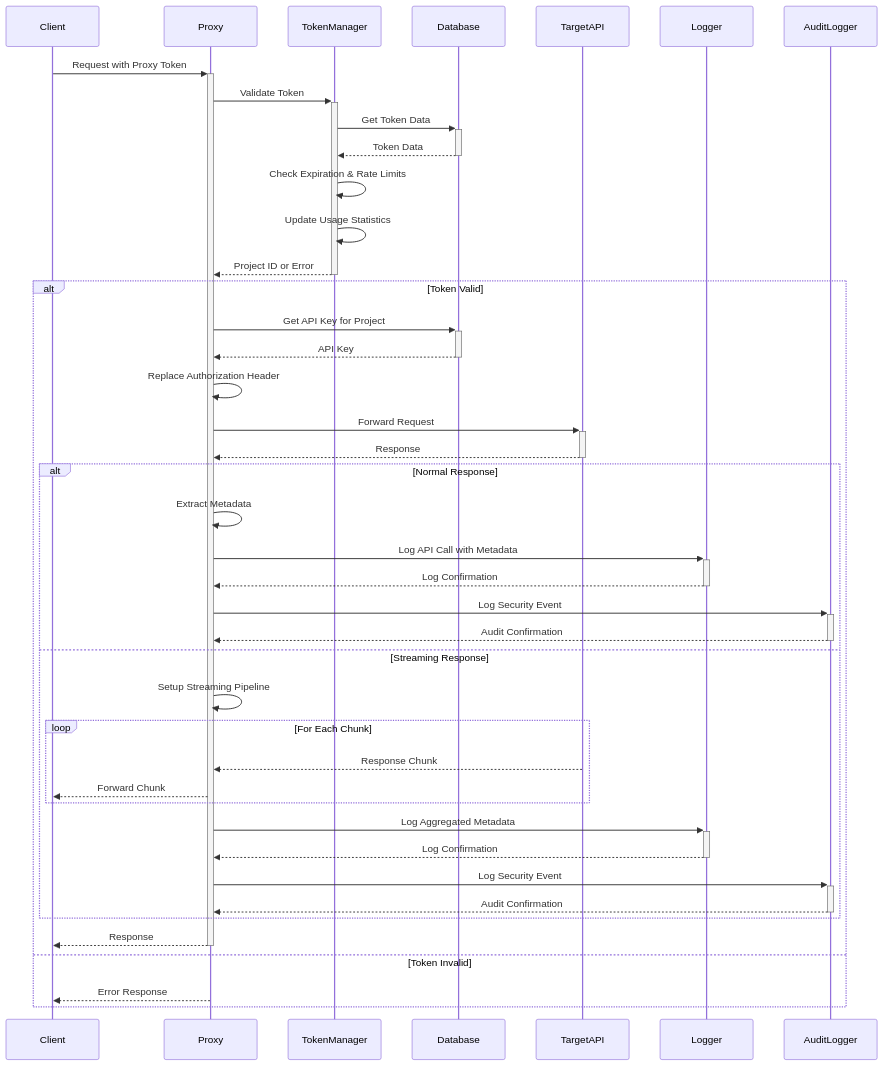
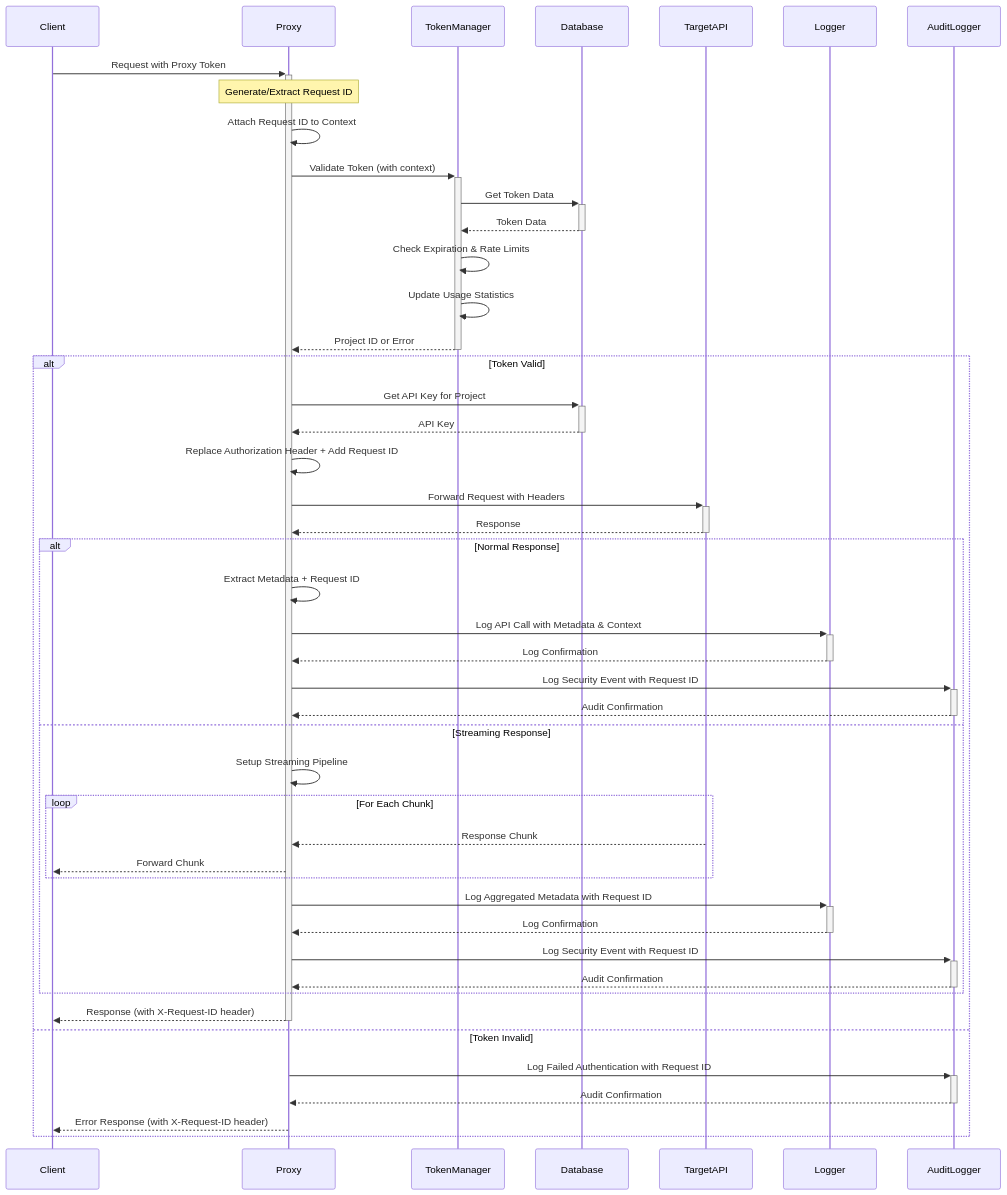
One commit to sofatutor/llm-proxy changed the fourth of 8 diagrams in docs/architecture.md. Above: the diagram before and after it, drawn with Mermaid. The commit also changed 2 other files, not shown here.

Commit message:
Complete documentation updates for logging, context propagation, and audit logging

````diff
--- a/docs/architecture.md
+++ b/docs/architecture.md
@@ -238,40 +238,44 @@
 ```mermaid
 sequenceDiagram
     Client->>+Proxy: Request with Proxy Token
-    Proxy->>+TokenManager: Validate Token
+    Note over Proxy: Generate/Extract Request ID
+    Proxy->>Proxy: Attach Request ID to Context
+    Proxy->>+TokenManager: Validate Token (with context)
     TokenManager->>+Database: Get Token Data
     Database-->>-TokenManager: Token Data
     TokenManager->>TokenManager: Check Expiration & Rate Limits
     TokenManager->>TokenManager: Update Usage Statistics
     TokenManager-->>-Proxy: Project ID or Error
     
     alt Token Valid
         Proxy->>+Database: Get API Key for Project
         Database-->>-Proxy: API Key
-        Proxy->>Proxy: Replace Authorization Header
-        Proxy->>+TargetAPI: Forward Request
+        Proxy->>Proxy: Replace Authorization Header + Add Request ID
+        Proxy->>+TargetAPI: Forward Request with Headers
         TargetAPI-->>-Proxy: Response
         
         alt Normal Response
-            Proxy->>Proxy: Extract Metadata
-            Proxy->>+Logger: Log API Call with Metadata
+            Proxy->>Proxy: Extract Metadata + Request ID
+            Proxy->>+Logger: Log API Call with Metadata & Context
             Logger-->>-Proxy: Log Confirmation
-            Proxy->>+AuditLogger: Log Security Event
+            Proxy->>+AuditLogger: Log Security Event with Request ID
             AuditLogger-->>-Proxy: Audit Confirmation
         else Streaming Response
             Proxy->>Proxy: Setup Streaming Pipeline
             loop For Each Chunk
                 TargetAPI-->>Proxy: Response Chunk
                 Proxy-->>Client: Forward Chunk
             end
-            Proxy->>+Logger: Log Aggregated Metadata
+            Proxy->>+Logger: Log Aggregated Metadata with Request ID
             Logger-->>-Proxy: Log Confirmation
-            Proxy->>+AuditLogger: Log Security Event
+            Proxy->>+AuditLogger: Log Security Event with Request ID
             AuditLogger-->>-Proxy: Audit Confirmation
         end
         
-        Proxy-->>-Client: Response
+        Proxy-->>-Client: Response (with X-Request-ID header)
     else Token Invalid
-        Proxy-->>Client: Error Response
+        Proxy->>+AuditLogger: Log Failed Authentication with Request ID
+        AuditLogger-->>-Proxy: Audit Confirmation
+        Proxy-->>Client: Error Response (with X-Request-ID header)
     end
 ```
````
